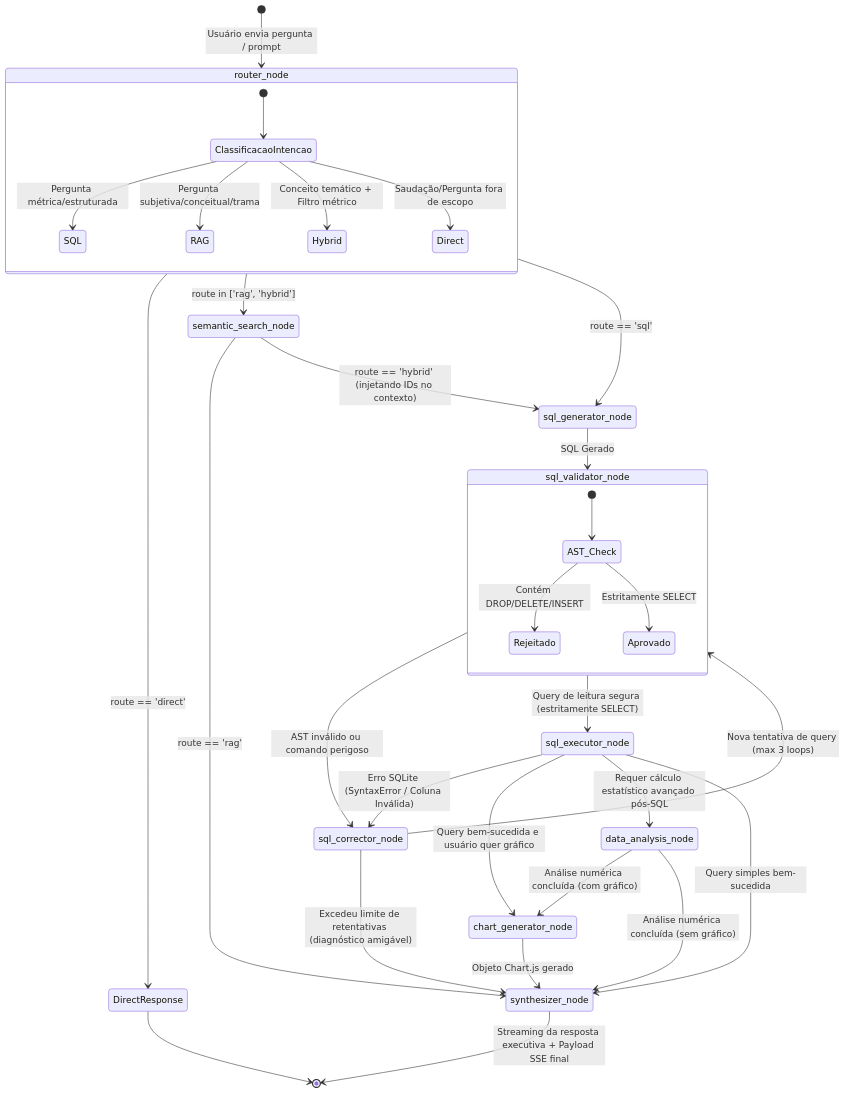
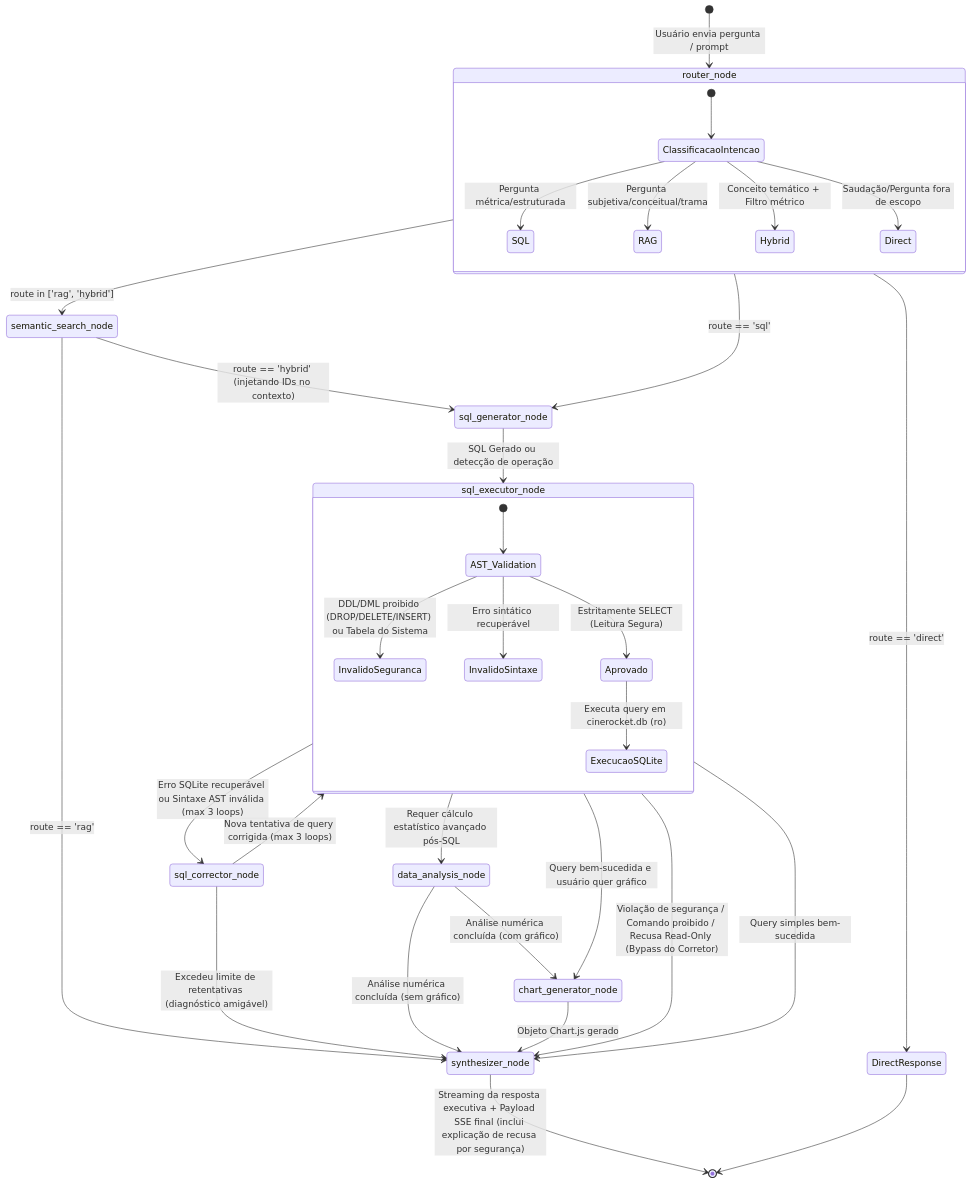
One commit to msb7-jpg/visagio-atividade-genai-2026 changed the diagram in plan/ai-implementation.md. Above: the diagram before and after it, drawn with Mermaid. The commit also changed other lines of this file and 5 other files, not shown here.

````diff
--- a/plan/ai-implementation.md
+++ b/plan/ai-implementation.md
@@ -13,46 +13,46 @@
 ```mermaid
 stateDiagram-v2
     [*] --> router_node : Usuário envia pergunta / prompt
 
     state router_node {
         [*] --> ClassificacaoIntencao
         ClassificacaoIntencao --> SQL : Pergunta métrica/estruturada
         ClassificacaoIntencao --> RAG : Pergunta subjetiva/conceitual/trama
         ClassificacaoIntencao --> Hybrid : Conceito temático + Filtro métrico
         ClassificacaoIntencao --> Direct : Saudação/Pergunta fora de escopo
     }
 
     router_node --> DirectResponse : route == 'direct'
     router_node --> semantic_search_node : route in ['rag', 'hybrid']
     router_node --> sql_generator_node : route == 'sql'
 
     semantic_search_node --> synthesizer_node : route == 'rag'
     semantic_search_node --> sql_generator_node : route == 'hybrid' (injetando IDs no contexto)
 
-    sql_generator_node --> sql_validator_node : SQL Gerado
+    sql_generator_node --> sql_executor_node : SQL Gerado ou detecção de operação
 
-    state sql_validator_node {
-        [*] --> AST_Check
-        AST_Check --> Rejeitado : Contém DROP/DELETE/INSERT
-        AST_Check --> Aprovado : Estritamente SELECT
+    state sql_executor_node {
+        [*] --> AST_Validation
+        AST_Validation --> InvalidoSeguranca : DDL/DML proibido (DROP/DELETE/INSERT) ou Tabela do Sistema
+        AST_Validation --> InvalidoSintaxe : Erro sintático recuperável
+        AST_Validation --> Aprovado : Estritamente SELECT (Leitura Segura)
+        Aprovado --> ExecucaoSQLite : Executa query em cinerocket.db (ro)
     }
 
-    sql_validator_node --> sql_corrector_node : AST inválido ou comando perigoso
-    sql_validator_node --> sql_executor_node : Query de leitura segura (estritamente SELECT)
-
-    sql_executor_node --> sql_corrector_node : Erro SQLite (SyntaxError / Coluna Inválida)
+    sql_executor_node --> synthesizer_node : Violação de segurança / Comando proibido / Recusa Read-Only (Bypass do Corretor)
+    sql_executor_node --> sql_corrector_node : Erro SQLite recuperável ou Sintaxe AST inválida (max 3 loops)
     sql_executor_node --> chart_generator_node : Query bem-sucedida e usuário quer gráfico
     sql_executor_node --> data_analysis_node : Requer cálculo estatístico avançado pós-SQL
     sql_executor_node --> synthesizer_node : Query simples bem-sucedida
 
-    sql_corrector_node --> sql_validator_node : Nova tentativa de query (max 3 loops)
+    sql_corrector_node --> sql_executor_node : Nova tentativa de query corrigida (max 3 loops)
     sql_corrector_node --> synthesizer_node : Excedeu limite de retentativas (diagnóstico amigável)
 
     data_analysis_node --> chart_generator_node : Análise numérica concluída (com gráfico)
     data_analysis_node --> synthesizer_node : Análise numérica concluída (sem gráfico)
 
     chart_generator_node --> synthesizer_node : Objeto Chart.js gerado
 
-    synthesizer_node --> [*] : Streaming da resposta executiva + Payload SSE final
+    synthesizer_node --> [*] : Streaming da resposta executiva + Payload SSE final (inclui explicação de recusa por segurança)
     DirectResponse --> [*]
 ```
````
